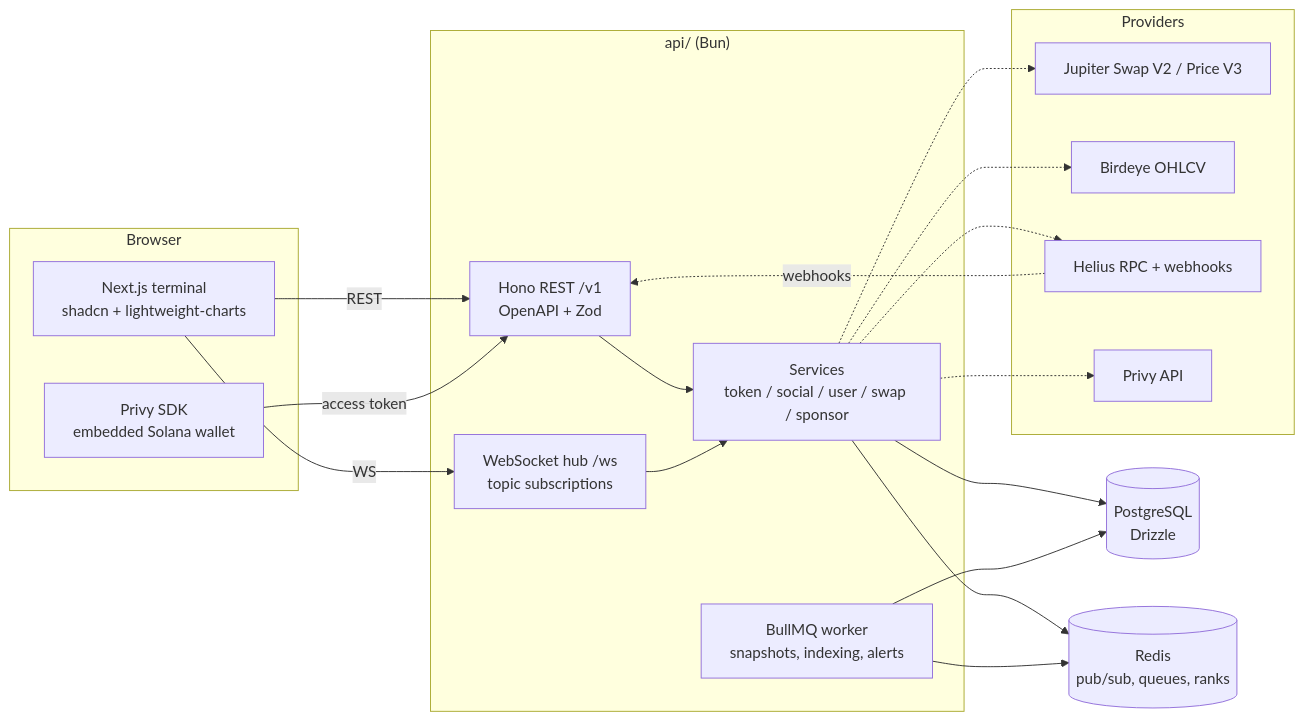
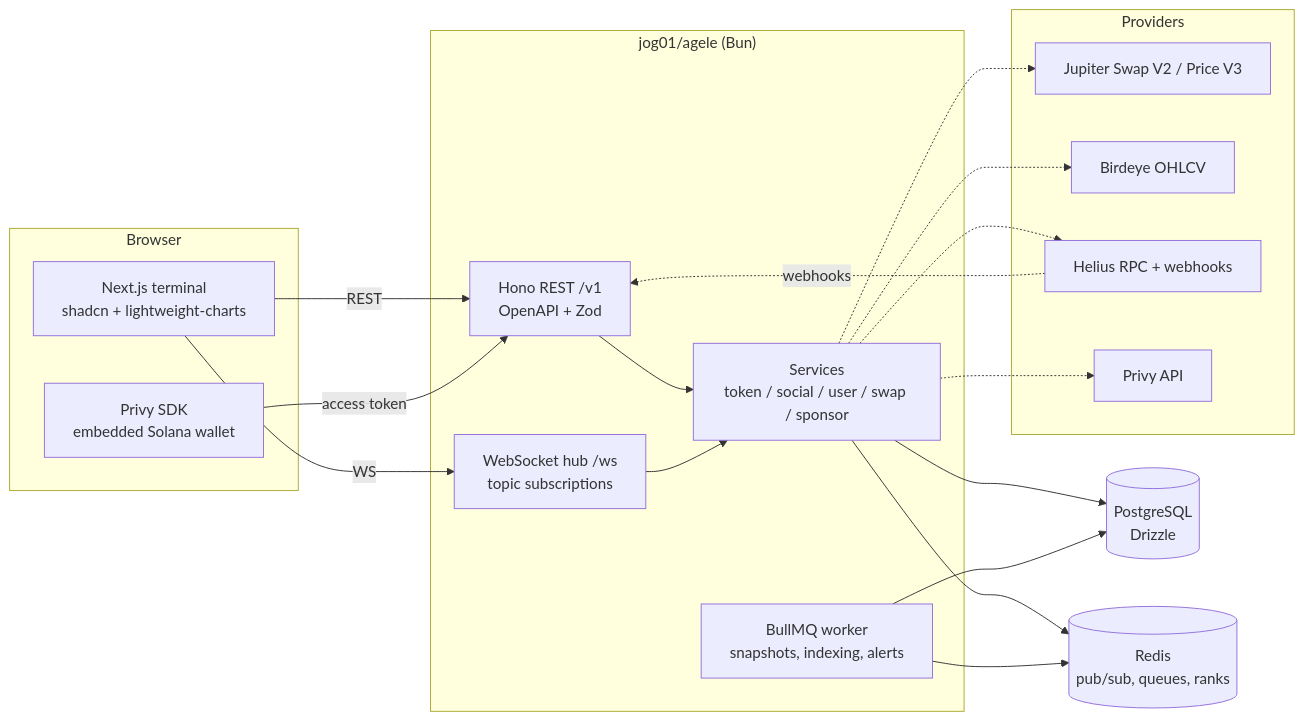
Before and after one commit to jog01/agele: the diagram in docs/architecture.md, drawn with Mermaid. The commit also changed other lines of this file and 141 other files, not shown here.

Commit message:
Split: make this repo backend-only (frontend moves to jog01/agele-web)

````diff
--- a/docs/architecture.md
+++ b/docs/architecture.md
@@ -28,35 +28,35 @@
 ```mermaid
 flowchart LR
   subgraph Browser
     UI[Next.js terminal<br/>shadcn + lightweight-charts]
     PRIVY[Privy SDK<br/>embedded Solana wallet]
   end
-  subgraph API["api/ (Bun)"]
+  subgraph API["jog01/agele (Bun)"]
     HONO[Hono REST /v1<br/>OpenAPI + Zod]
     WS[WebSocket hub /ws<br/>topic subscriptions]
     SVC[Services<br/>token / social / user / swap / sponsor]
     WORKER[BullMQ worker<br/>snapshots, indexing, alerts]
   end
   PG[(PostgreSQL<br/>Drizzle)]
   REDIS[(Redis<br/>pub/sub, queues, ranks)]
   subgraph Providers
     JUP[Jupiter Swap V2 / Price V3]
     BIRD[Birdeye OHLCV]
     HEL[Helius RPC + webhooks]
     PRIVYAPI[Privy API]
   end
   UI -- REST --> HONO
   UI -- WS --> WS
   PRIVY -- access token --> HONO
   HONO --> SVC
   WS --> SVC
   SVC --> PG
   SVC --> REDIS
   WORKER --> PG
   WORKER --> REDIS
   SVC -.-> JUP
   SVC -.-> BIRD
   SVC -.-> HEL
   SVC -.-> PRIVYAPI
   HEL -. webhooks .-> HONO
 ```
````
